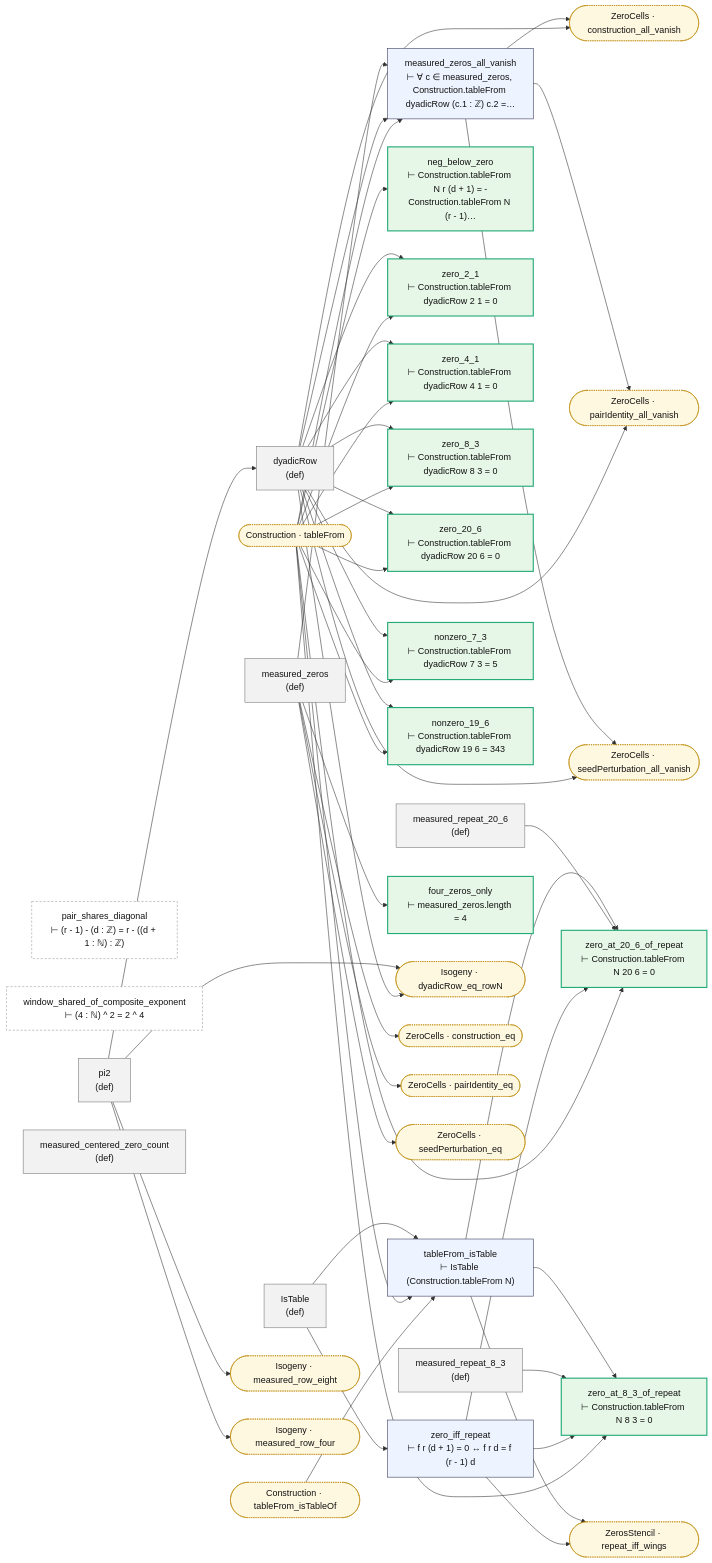
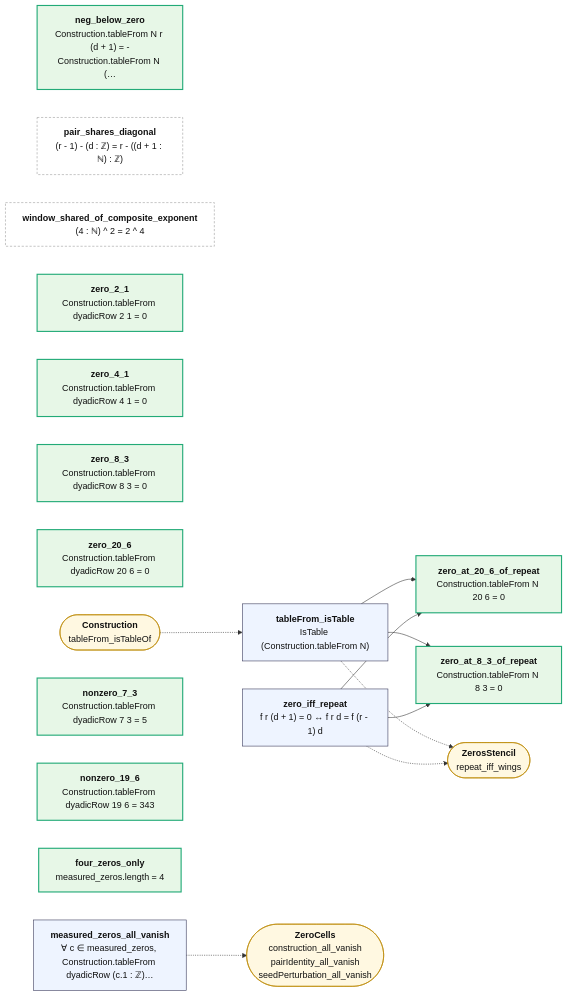
Before and after one commit to juliansambranojr/Primebeat_081426: the diagram in map/lean/Zeros.md, drawn with Mermaid. The commit also changed other lines of this file and 387 other files, not shown here.

````diff
--- a/map/lean/Zeros.md
+++ b/map/lean/Zeros.md
@@ -8,88 +12,34 @@
 ```mermaid
 flowchart LR
-  n0["IsTable<br/>(def)"]:::dfn
-  n1["tableFrom_isTable<br/>⊢ IsTable (Construction.tableFrom N)"]:::thm
-  n2["zero_iff_repeat<br/>⊢ f r (d + 1) = 0 ↔ f r d = f (r - 1) d"]:::thm
-  n3["neg_below_zero<br/>⊢ Construction.tableFrom N r (d + 1) = -Construction.tableFrom N (r - 1)…"]:::end_
-  n4["pair_shares_diagonal<br/>⊢ (r - 1) - (d : ℤ) = r - ((d + 1 : ℕ) : ℤ)"]:::lone
-  n5["window_shared_of_composite_exponent<br/>⊢ (4 : ℕ) ^ 2 = 2 ^ 4"]:::lone
-  n6["measured_zeros<br/>(def)"]:::dfn
-  n7["pi2<br/>(def)"]:::dfn
-  n8["dyadicRow<br/>(def)"]:::dfn
-  n9["zero_2_1<br/>⊢ Construction.tableFrom dyadicRow 2 1 = 0"]:::end_
-  n10["zero_4_1<br/>⊢ Construction.tableFrom dyadicRow 4 1 = 0"]:::end_
-  n11["zero_8_3<br/>⊢ Construction.tableFrom dyadicRow 8 3 = 0"]:::end_
-  n12["zero_20_6<br/>⊢ Construction.tableFrom dyadicRow 20 6 = 0"]:::end_
-  n13["measured_zeros_all_vanish<br/>⊢ ∀ c ∈ measured_zeros, Construction.tableFrom dyadicRow (c.1 : ℤ) c.2 =…"]:::thm
-  n14["nonzero_7_3<br/>⊢ Construction.tableFrom dyadicRow 7 3 = 5"]:::end_
-  n15["nonzero_19_6<br/>⊢ Construction.tableFrom dyadicRow 19 6 = 343"]:::end_
-  n16["measured_repeat_20_6<br/>(def)"]:::dfn
-  n17["measured_repeat_8_3<br/>(def)"]:::dfn
-  n18["measured_centered_zero_count<br/>(def)"]:::dfn
-  n19["four_zeros_only<br/>⊢ measured_zeros.length = 4"]:::end_
-  n20["zero_at_20_6_of_repeat<br/>⊢ Construction.tableFrom N 20 6 = 0"]:::end_
-  n21["zero_at_8_3_of_repeat<br/>⊢ Construction.tableFrom N 8 3 = 0"]:::end_
-  x0(["Construction · tableFrom"]):::ext
-  x1(["Construction · tableFrom_isTableOf"]):::ext
-  x2(["Isogeny · dyadicRow_eq_rowN"]):::ext
-  x3(["Isogeny · measured_row_eight"]):::ext
-  x4(["Isogeny · measured_row_four"]):::ext
-  x5(["ZeroCells · construction_all_vanish"]):::ext
-  x6(["ZeroCells · construction_eq"]):::ext
-  x7(["ZeroCells · pairIdentity_all_vanish"]):::ext
-  x8(["ZeroCells · pairIdentity_eq"]):::ext
-  x9(["ZeroCells · seedPerturbation_all_vanish"]):::ext
-  x10(["ZeroCells · seedPerturbation_eq"]):::ext
-  x11(["ZerosStencil · repeat_iff_wings"]):::ext
-  n0 --> n1
-  n0 --> n2
-  n1 --> n20
-  n1 --> n21
-  n1 --> x11
-  n13 --> x5
-  n13 --> x7
-  n13 --> x9
-  n16 --> n20
-  n17 --> n21
-  n2 --> n20
-  n2 --> n21
-  n2 --> x11
-  n6 --> n13
-  n6 --> n19
-  n6 --> x10
-  n6 --> x6
-  n6 --> x8
-  n7 --> n8
-  n7 --> x2
-  n7 --> x3
-  n7 --> x4
-  n8 --> n10
-  n8 --> n11
-  n8 --> n12
-  n8 --> n13
-  n8 --> n14
-  n8 --> n15
-  n8 --> n9
-  n8 --> x2
-  n8 --> x5
-  n8 --> x7
-  n8 --> x9
-  x0 --> n1
-  x0 --> n10
-  x0 --> n11
-  x0 --> n12
-  x0 --> n13
-  x0 --> n14
-  x0 --> n15
-  x0 --> n20
-  x0 --> n21
-  x0 --> n3
-  x0 --> n9
-  x1 --> n1
+  n0["<b>tableFrom_isTable</b><br/>IsTable (Construction.tableFrom N)"]:::thm
+  n1["<b>zero_iff_repeat</b><br/>f r (d + 1) = 0 ↔ f r d = f (r - 1) d"]:::thm
+  n2["<b>neg_below_zero</b><br/>Construction.tableFrom N r (d + 1) = -Construction.tableFrom N (…"]:::end_
+  n3["<b>pair_shares_diagonal</b><br/>(r - 1) - (d : ℤ) = r - ((d + 1 : ℕ) : ℤ)"]:::lone
+  n4["<b>window_shared_of_composite_exponent</b><br/>(4 : ℕ) ^ 2 = 2 ^ 4"]:::lone
+  n5["<b>zero_2_1</b><br/>Construction.tableFrom dyadicRow 2 1 = 0"]:::end_
+  n6["<b>zero_4_1</b><br/>Construction.tableFrom dyadicRow 4 1 = 0"]:::end_
+  n7["<b>zero_8_3</b><br/>Construction.tableFrom dyadicRow 8 3 = 0"]:::end_
+  n8["<b>zero_20_6</b><br/>Construction.tableFrom dyadicRow 20 6 = 0"]:::end_
+  n9["<b>measured_zeros_all_vanish</b><br/>∀ c ∈ measured_zeros, Construction.tableFrom dyadicRow (c.1 : ℤ)…"]:::thm
+  n10["<b>nonzero_7_3</b><br/>Construction.tableFrom dyadicRow 7 3 = 5"]:::end_
+  n11["<b>nonzero_19_6</b><br/>Construction.tableFrom dyadicRow 19 6 = 343"]:::end_
+  n12["<b>four_zeros_only</b><br/>measured_zeros.length = 4"]:::end_
+  n13["<b>zero_at_20_6_of_repeat</b><br/>Construction.tableFrom N 20 6 = 0"]:::end_
+  n14["<b>zero_at_8_3_of_repeat</b><br/>Construction.tableFrom N 8 3 = 0"]:::end_
+  x0(["<b>Construction</b><br/>tableFrom_isTableOf"]):::ext
+  x1(["<b>ZerosStencil</b><br/>repeat_iff_wings"]):::ext
+  x2(["<b>ZeroCells</b><br/>construction_all_vanish<br/>pairIdentity_all_vanish<br/>seedPerturbation_all_vanish"]):::ext
+  n0 --> n13
+  n0 --> n14
+  n1 --> n13
+  n1 --> n14
+  n0 -.-> x1
+  n1 -.-> x1
+  n9 -.-> x2
+  x0 -.-> n0
   classDef thm fill:#eef4ff,stroke:#335,color:#111
-  classDef dfn fill:#f2f2f2,stroke:#777,color:#111
   classDef end_ fill:#e7f7e7,stroke:#2a7,color:#111,stroke-width:2px
   classDef lone fill:#fff,stroke:#999,color:#111,stroke-dasharray:4 3
   classDef bad fill:#ffe5e5,stroke:#c22,color:#111,stroke-width:2px
-  classDef ext fill:#fff8e1,stroke:#b80,color:#111,stroke-dasharray:2 2
+  classDef ext fill:#fff8e1,stroke:#b80,color:#111
 ```
````
